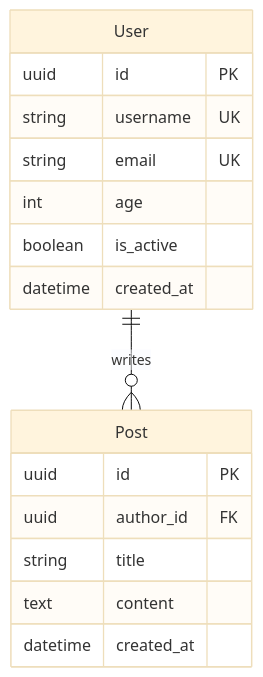
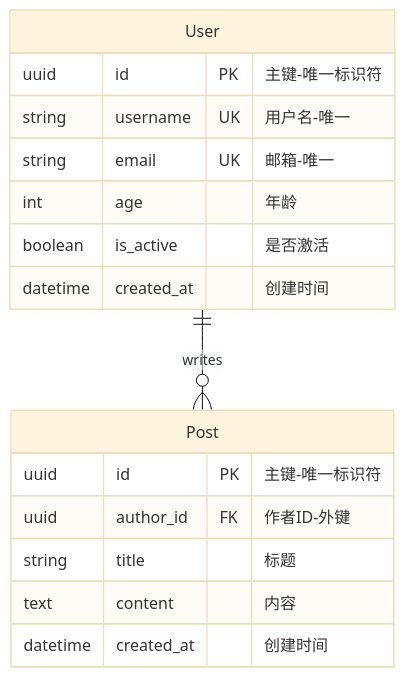
The diagram in examples/blog_v3.mmd (x007007007/er-generate-model), drawn with Mermaid (base theme) before and after one commit. The commit also changed 30 other files, not shown here.

```diff
--- a/examples/blog_v3.mmd
+++ b/examples/blog_v3.mmd
@@ -1,19 +1,19 @@
 erDiagram
     User ||--o{ Post : writes
     
     User {
-        uuid id PK
-        string username UK
-        string email UK
-        int age
-        boolean is_active
-        datetime created_at
+        uuid id PK "主键-唯一标识符"
+        string username UK "用户名-唯一"
+        string email UK "邮箱-唯一"
+        int age "年龄"
+        boolean is_active "是否激活"
+        datetime created_at "创建时间"
     }
     
     Post {
-        uuid id PK
-        uuid author_id FK
-        string title
-        text content
-        datetime created_at
+        uuid id PK "主键-唯一标识符"
+        uuid author_id FK "作者ID-外键"
+        string title "标题"
+        text content "内容"
+        datetime created_at "创建时间"
     }
```
